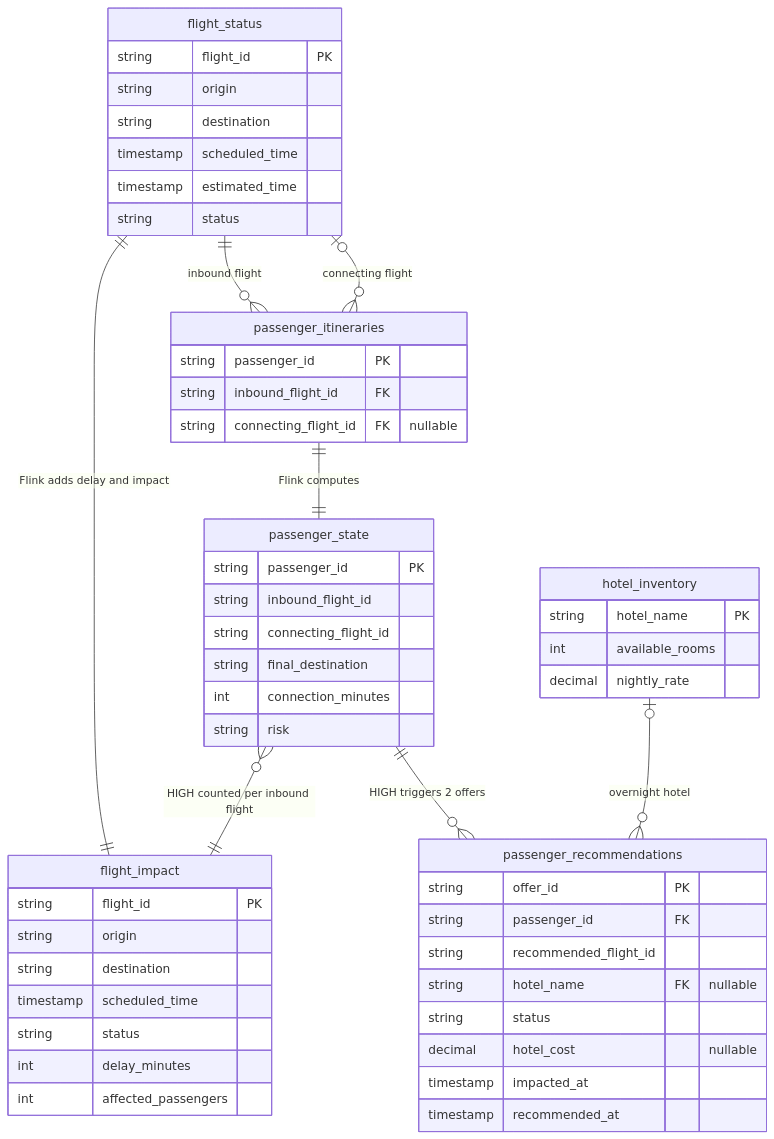
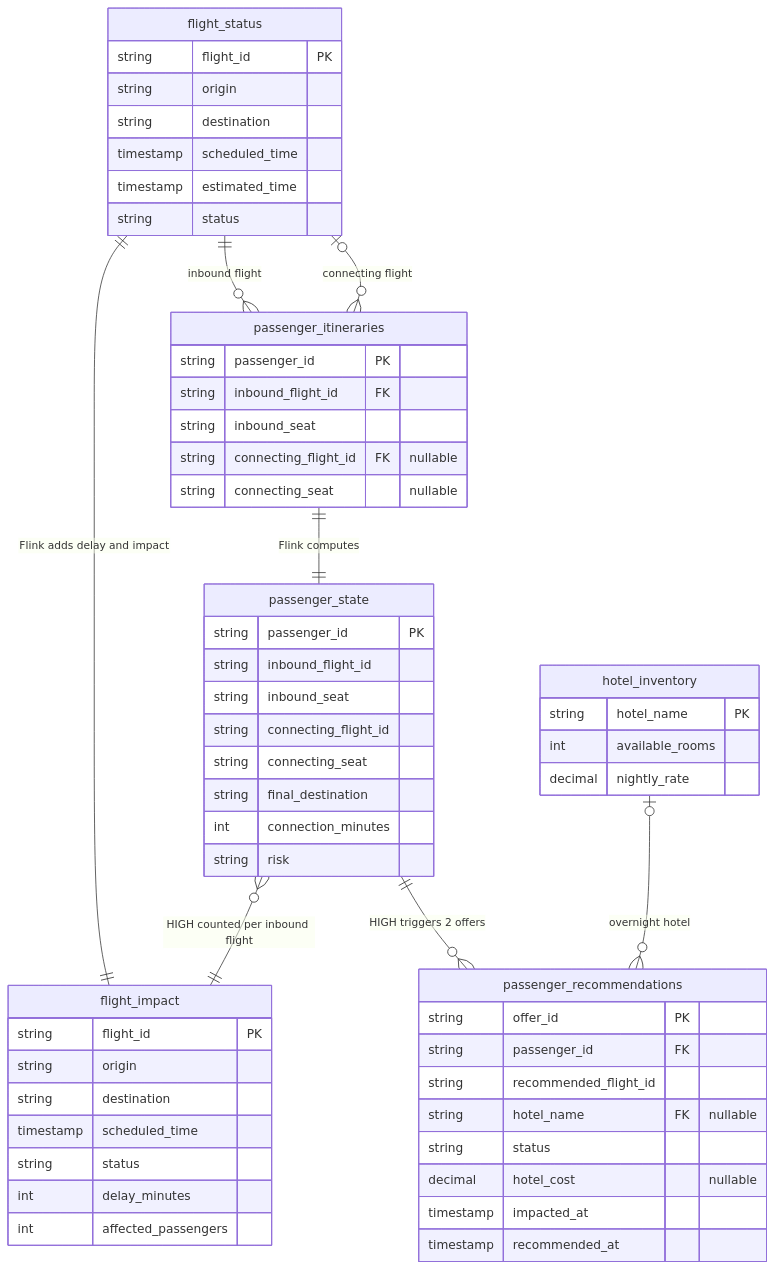
One commit to confluentinc/demo-streamhouse-flight-recovery changed the diagram in docs/data-model.md. Above: the diagram before and after it, drawn with Mermaid. The commit also changed other lines of this file and 14 other files, not shown here.

````diff
--- a/docs/data-model.md
+++ b/docs/data-model.md
@@ -89,56 +91,60 @@
 ```mermaid
 erDiagram
     flight_status ||--o{ passenger_itineraries : "inbound flight"
     flight_status |o--o{ passenger_itineraries : "connecting flight"
     passenger_itineraries ||--|| passenger_state : "Flink computes"
     flight_status ||--|| flight_impact : "Flink adds delay and impact"
     passenger_state }o--|| flight_impact : "HIGH counted per inbound flight"
     passenger_state ||--o{ passenger_recommendations : "HIGH triggers 2 offers"
     hotel_inventory |o--o{ passenger_recommendations : "overnight hotel"
 
     flight_status {
         string flight_id PK
         string origin
         string destination
         timestamp scheduled_time
         timestamp estimated_time
         string status
     }
     passenger_itineraries {
         string passenger_id PK
         string inbound_flight_id FK
+        string inbound_seat
         string connecting_flight_id FK "nullable"
+        string connecting_seat "nullable"
     }
     hotel_inventory {
         string hotel_name PK
         int available_rooms
         decimal nightly_rate
     }
     passenger_state {
         string passenger_id PK
         string inbound_flight_id
+        string inbound_seat
         string connecting_flight_id
+        string connecting_seat
         string final_destination
         int connection_minutes
         string risk
     }
     flight_impact {
         string flight_id PK
         string origin
         string destination
         timestamp scheduled_time
         string status
         int delay_minutes
         int affected_passengers
     }
     passenger_recommendations {
         string offer_id PK
         string passenger_id FK
         string recommended_flight_id
         string hotel_name FK "nullable"
         string status
         decimal hotel_cost "nullable"
         timestamp impacted_at
         timestamp recommended_at
     }
 ```
````
